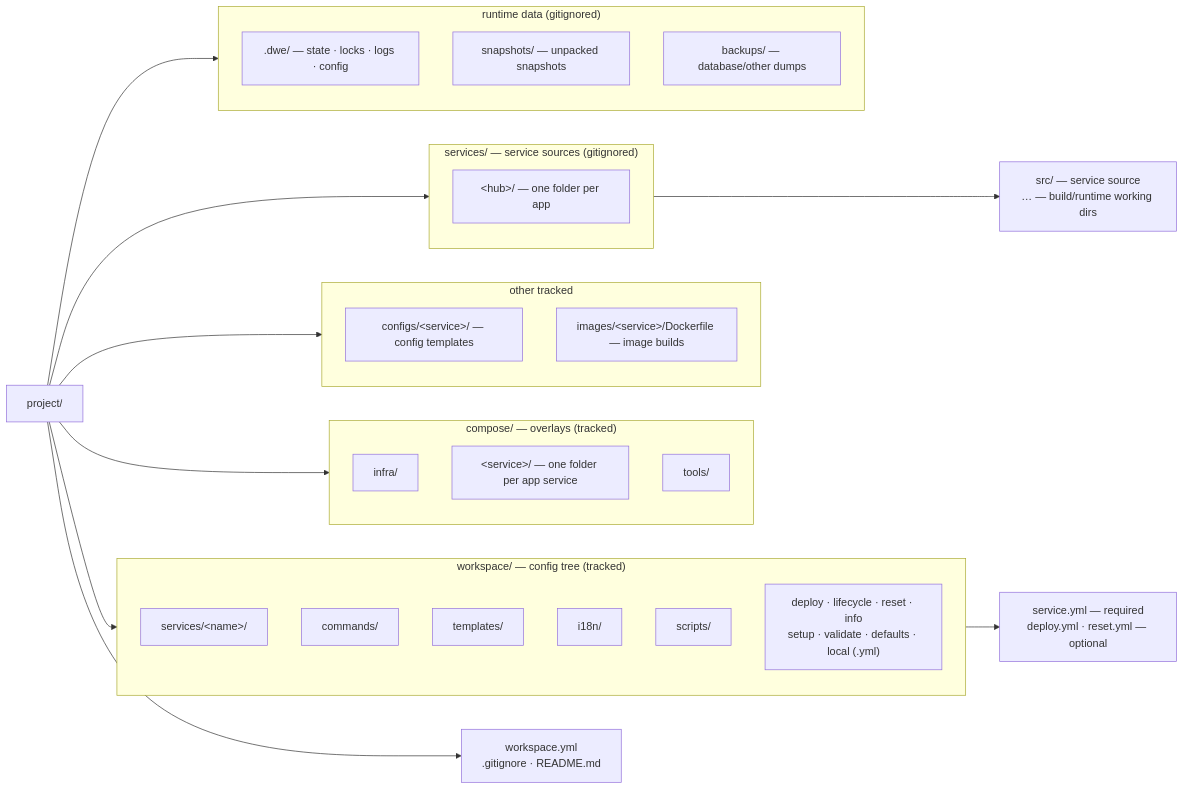
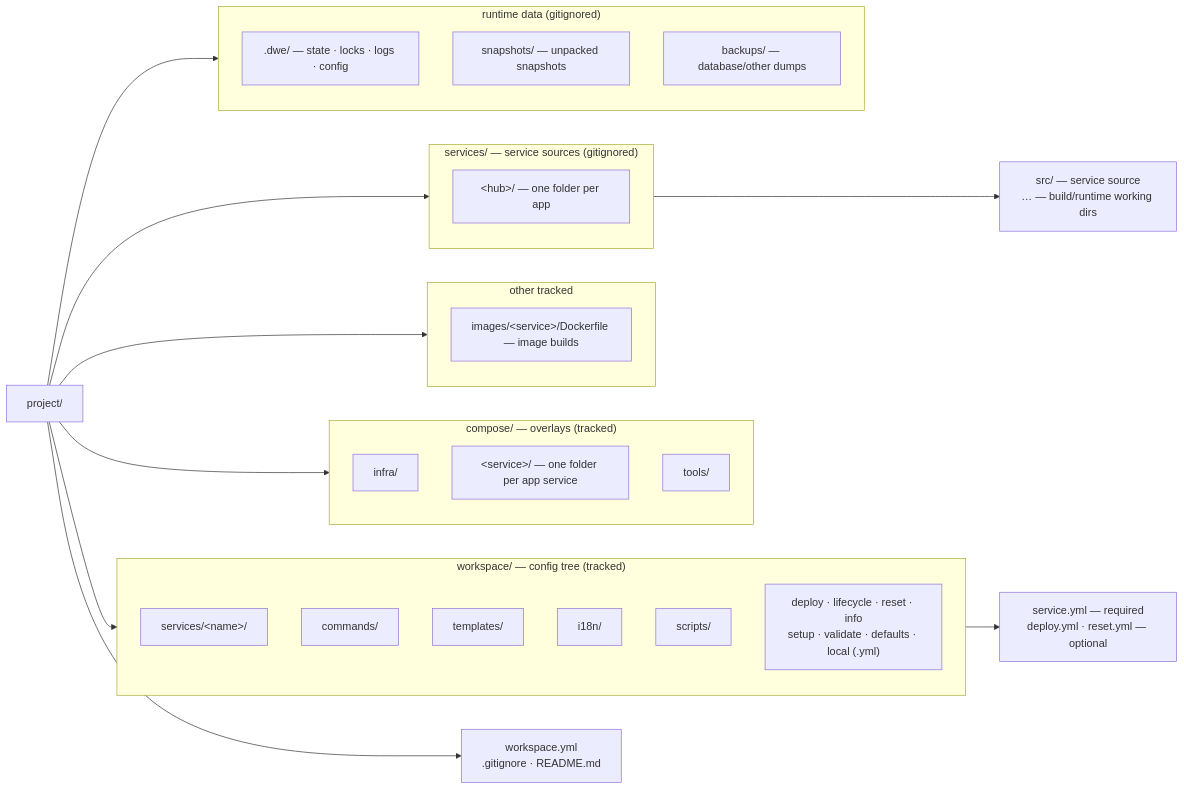
One commit to semsemyonoff/dwe changed the diagram in docs/reference/concepts/project-layout.md. Above: the diagram before and after it, drawn with Mermaid. The commit also changed other lines of this file and 21 other files, not shown here.

````diff
--- a/docs/reference/concepts/project-layout.md
+++ b/docs/reference/concepts/project-layout.md
@@ -24,50 +24,49 @@
 ```mermaid
 flowchart LR
   Root["project/"]
   RootFiles["workspace.yml<br/>.gitignore · README.md"]
 
   subgraph workspace["workspace/ — config tree (tracked)"]
     direction TB
     WSServices["services/&lt;name&gt;/"]
     WSCommands["commands/"]
     WSTemplates["templates/"]
     WSI18n["i18n/"]
     WSScripts["scripts/"]
     WSPipelines["deploy · lifecycle · reset · info<br/>setup · validate · defaults · local (.yml)"]
   end
 
   subgraph compose["compose/ — overlays (tracked)"]
     direction TB
     CInfra["infra/"]
     CSvc["&lt;service&gt;/ — one folder per app service"]
     CTools["tools/"]
   end
 
   subgraph other["other tracked"]
     direction TB
-    ConfigsDir["configs/&lt;service&gt;/ — config templates"]
     ImagesDir["images/&lt;service&gt;/Dockerfile — image builds"]
   end
 
   subgraph srcdir["services/ — service sources (gitignored)"]
     direction TB
     SrcHub["&lt;hub&gt;/ — one folder per app"]
   end
 
   subgraph runtime["runtime data (gitignored)"]
     direction TB
     DotDir[".dwe/ — state · locks · logs · config"]
     SnapsDir["snapshots/ — unpacked snapshots"]
     BackupsDir["backups/ — database/other dumps"]
   end
 
   Root --> RootFiles
   Root --> workspace
   Root --> compose
   Root --> other
   Root --> srcdir
   Root --> runtime
 
   WSServices --> WSSvcFiles["service.yml — required<br/>deploy.yml · reset.yml — optional"]
   SrcHub --> SrcHubDetail["src/ — service source<br/>… — build/runtime working dirs"]
 ```
````
